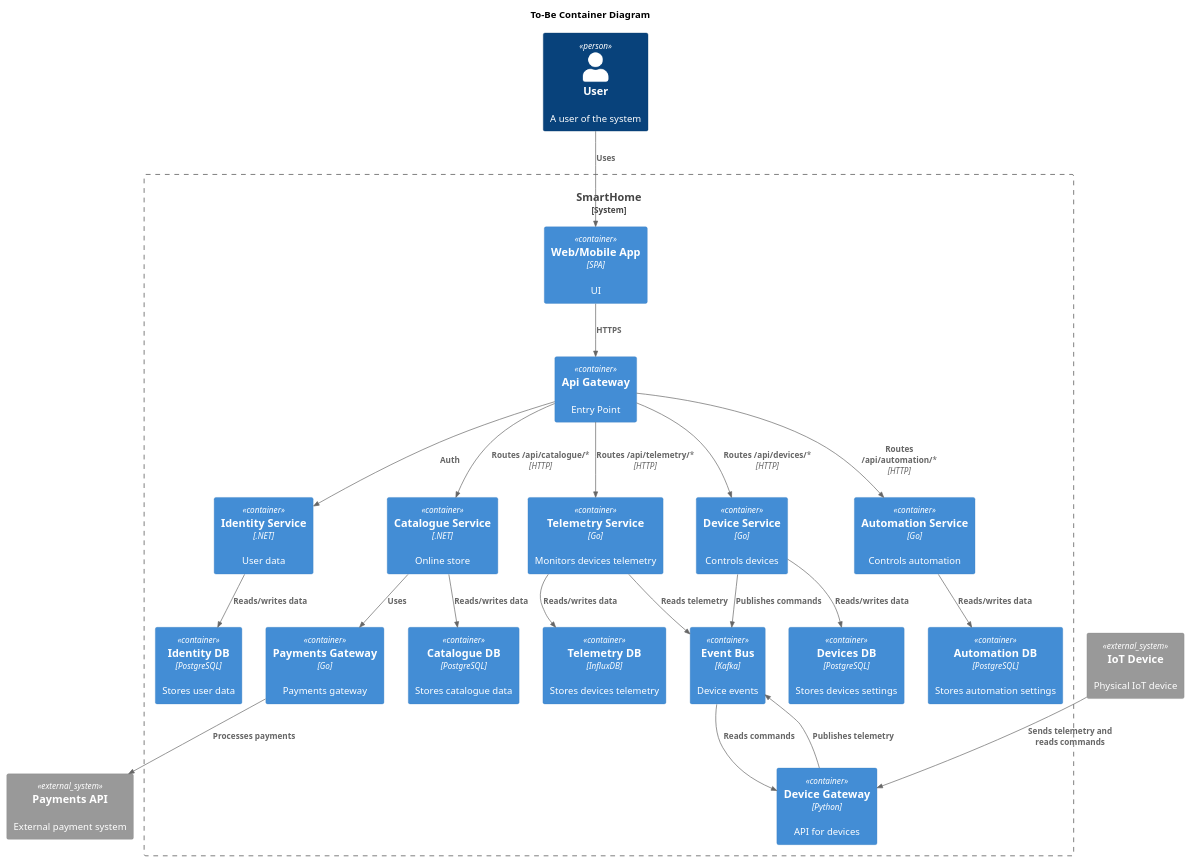
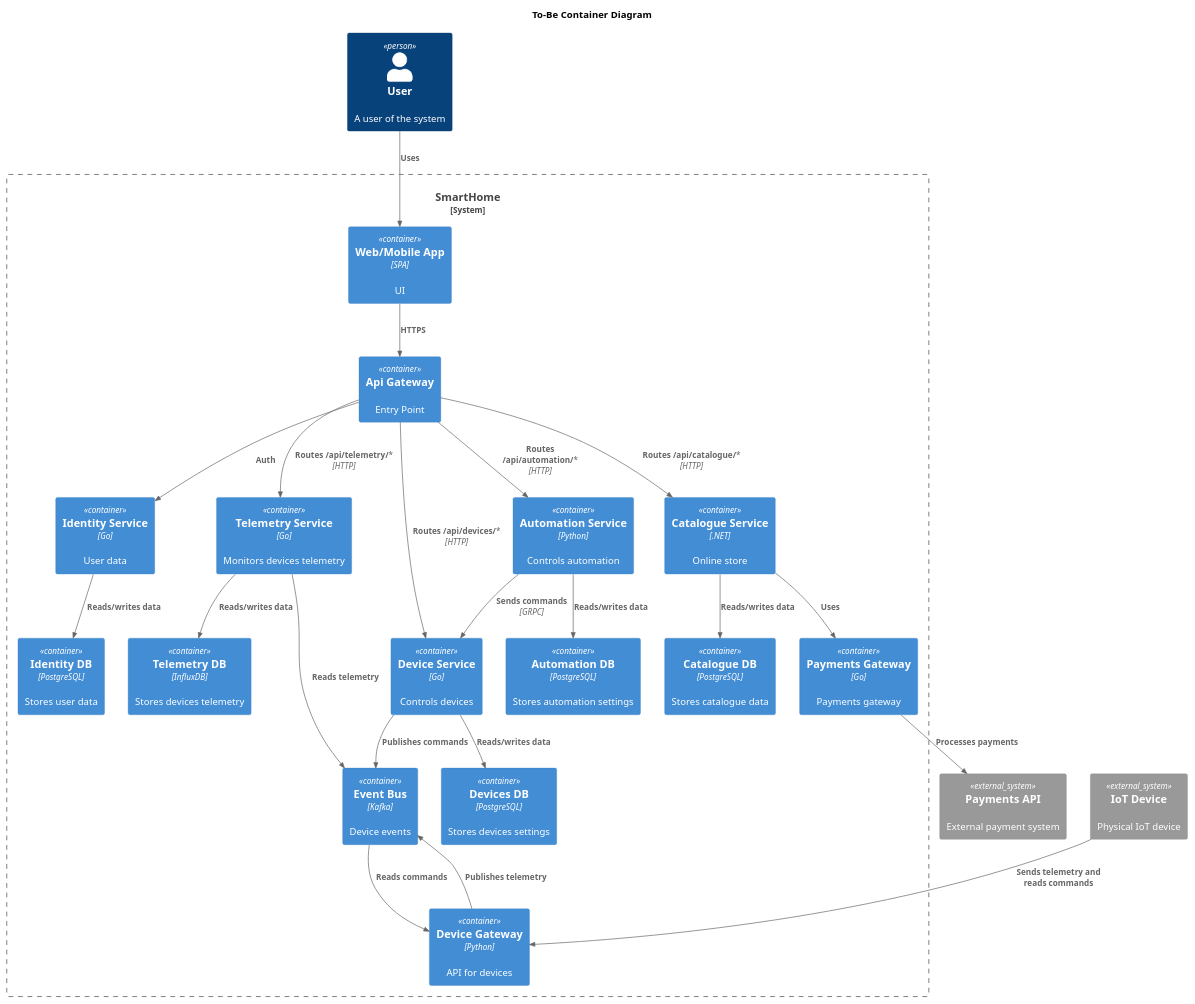
Before and after one commit to pavelantropov/smarthome: the diagram in schemas/to-be/Container.puml, drawn with PlantUML.

Commit message:
edit container puml

```diff
--- a/schemas/to-be/Container.puml
+++ b/schemas/to-be/Container.puml
@@ -1,57 +1,58 @@
 @startuml
 title To-Be Container Diagram
 
 top to bottom direction
 
 !includeurl https://raw.githubusercontent.com/RicardoNiepel/C4-PlantUML/master/C4_Container.puml
 
 Person(user, "User", "A user of the system")
 System_Ext(device, "IoT Device", "Physical IoT device")
 System_Ext(paymentsExt, "Payments API", "External payment system")
 
 System_Boundary(SmartHome, "SmartHome") {
   Container(app, "Web/Mobile App", "SPA", "UI")
   Container(api, "Api Gateway", "", "Entry Point")
 
-  Container(identity, "Identity Service", ".NET", "User data")
+  Container(identity, "Identity Service", "Go", "User data")
 
   Container(catalogue, "Catalogue Service", ".NET", "Online store")
   Container(payments, "Payments Gateway", "Go", "Payments gateway")
 
   Container(telemetry, "Telemetry Service", "Go", "Monitors devices telemetry")
   Container(devices, "Device Service", "Go", "Controls devices")
-  Container(automation, "Automation Service", "Go", "Controls automation")
+  Container(automation, "Automation Service", "Python", "Controls automation")
 
   Container(deviceGateway, "Device Gateway", "Python", "API for devices")
   Container(events, "Event Bus", "Kafka", "Device events")
 
   Container(identityDB, "Identity DB", "PostgreSQL", "Stores user data")
   Container(catalogueDB, "Catalogue DB", "PostgreSQL", "Stores catalogue data")
   Container(devicesDB, "Devices DB", "PostgreSQL", "Stores devices settings")
   Container(automationDB, "Automation DB", "PostgreSQL", "Stores automation settings")
   Container(telemetryDB, "Telemetry DB", "InfluxDB", "Stores devices telemetry")
 }
 
 Rel(user, app, "Uses")
 Rel(app, api, "HTTPS")
 Rel(api, identity, "Auth")
 Rel(api, catalogue, "Routes /api/catalogue/*", "HTTP")
 Rel(api, telemetry, "Routes /api/telemetry/*", "HTTP")
 Rel(api, devices, "Routes /api/devices/*", "HTTP")
 Rel(api, automation, "Routes /api/automation/*", "HTTP")
 
 Rel(catalogue, payments, "Uses")
 Rel(payments, paymentsExt, "Processes payments")
 
 Rel(device, deviceGateway, "Sends telemetry and reads commands")
 Rel(deviceGateway, events, "Publishes telemetry")
 Rel(telemetry, events, "Reads telemetry")
 Rel(devices, events, "Publishes commands")
 Rel(events, deviceGateway, "Reads commands")
+Rel(automation, devices, "Sends commands", "GRPC")
 
 Rel(identity, identityDB, "Reads/writes data")
 Rel(telemetry, telemetryDB, "Reads/writes data")
 Rel(devices, devicesDB, "Reads/writes data")
 Rel(automation, automationDB, "Reads/writes data")
 Rel(catalogue, catalogueDB, "Reads/writes data")
 @enduml
```
